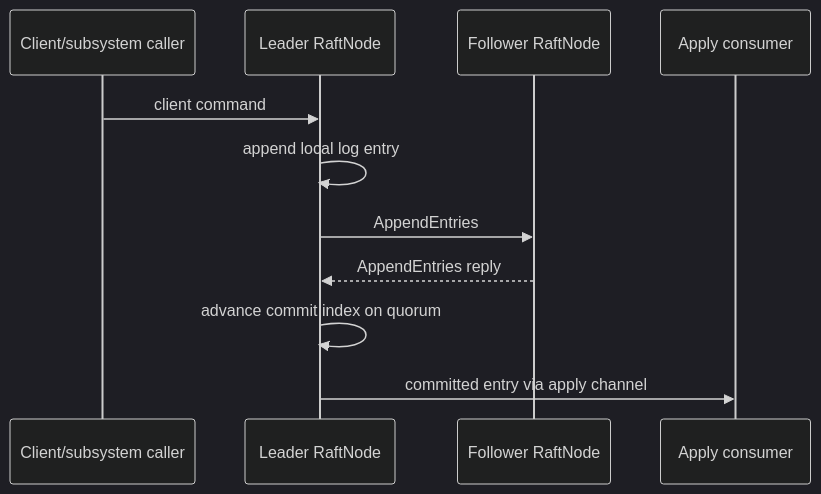
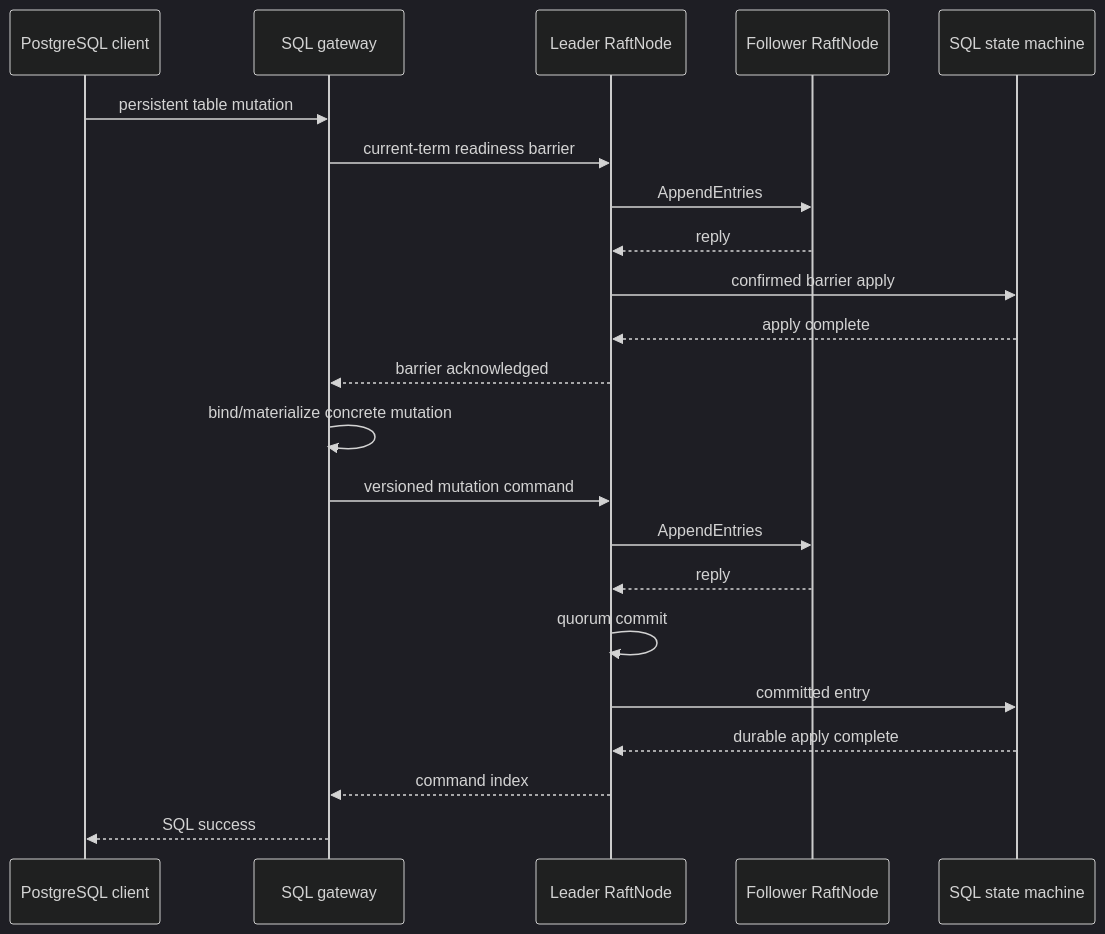
The diagram in docs/DISTRIBUTED.md (SaridakisStamatisChristos/Neuralbase), drawn with Mermaid (dark theme) before and after one commit. The commit also changed other lines of this file and 15 other files, not shown here.

````diff
--- a/docs/DISTRIBUTED.md
+++ b/docs/DISTRIBUTED.md
@@ -43,14 +38,25 @@
 ```mermaid
 sequenceDiagram
-    participant C as Client/subsystem caller
+    participant C as PostgreSQL client
+    participant G as SQL gateway
     participant L as Leader RaftNode
     participant F as Follower RaftNode
-    participant A as Apply consumer
+    participant S as SQL state machine
 
-    C->>L: client command
-    L->>L: append local log entry
+    C->>G: persistent table mutation
+    G->>L: current-term readiness barrier
     L->>F: AppendEntries
-    F-->>L: AppendEntries reply
-    L->>L: advance commit index on quorum
-    L->>A: committed entry via apply channel
+    F-->>L: reply
+    L->>S: confirmed barrier apply
+    S-->>L: apply complete
+    L-->>G: barrier acknowledged
+    G->>G: bind/materialize concrete mutation
+    G->>L: versioned mutation command
+    L->>F: AppendEntries
+    F-->>L: reply
+    L->>L: quorum commit
+    L->>S: committed entry
+    S-->>L: durable apply complete
+    L-->>G: command index
+    G-->>C: SQL success
 ```
````
